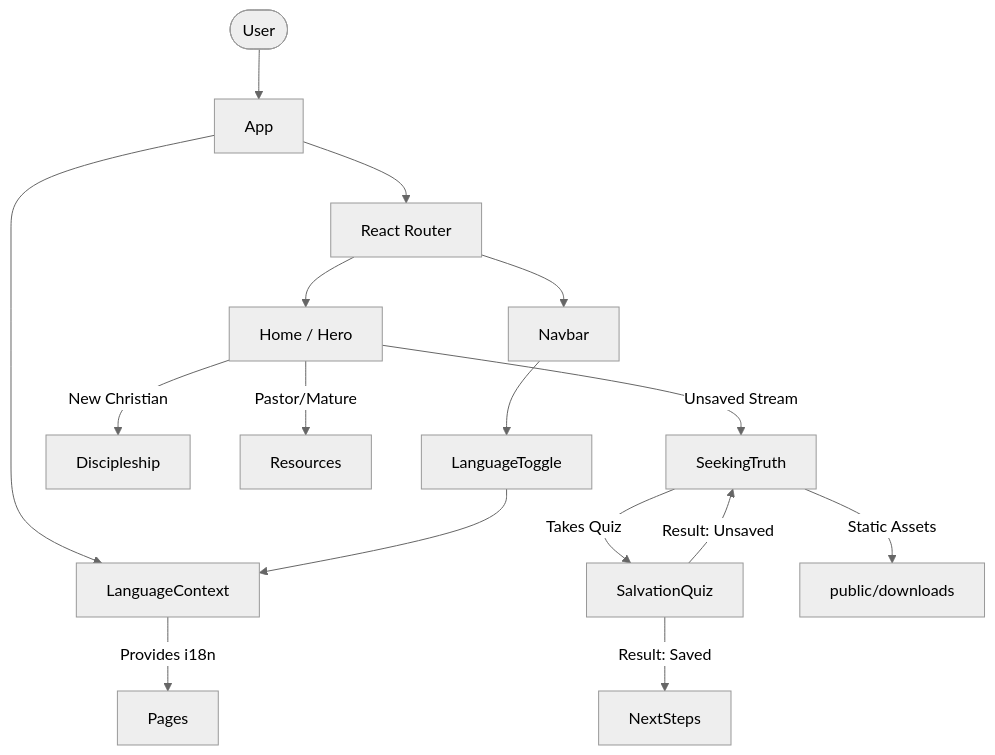
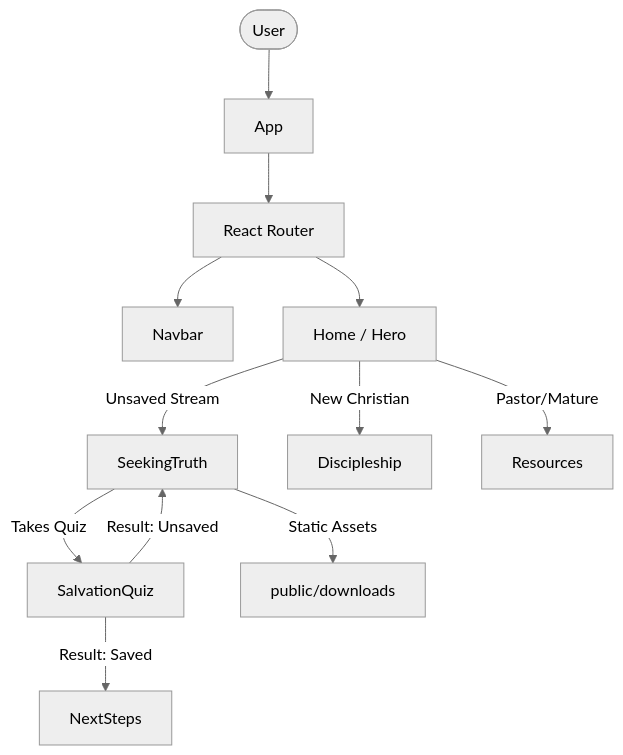
Before and after one commit to Jaswanth19-596/LetTheTruthBeKnown-Website: the diagram in docs/architecture.md, drawn with Mermaid (neutral theme). The commit also changed other lines of this file and 43 other files, not shown here.

````diff
--- a/docs/architecture.md
+++ b/docs/architecture.md
@@ -18,22 +17,17 @@
 ```mermaid
 graph TD
     User([User]) --> App
-    App --> LanguageContext
     App --> Router[React Router]
     Router --> Navbar
     Router --> Home[Home / Hero]
     
     Home -->|Unsaved Stream| SeekingTruth
     Home -->|New Christian| Discipleship
     Home -->|Pastor/Mature| Resources
     
     SeekingTruth -->|Takes Quiz| SalvationQuiz
     SeekingTruth -->|Static Assets| Public[public/downloads]
     
     SalvationQuiz -->|Result: Saved| NextSteps
     SalvationQuiz -->|Result: Unsaved| SeekingTruth
-    
-    Navbar --> LanguageToggle
-    LanguageToggle --> LanguageContext
-    LanguageContext -->|Provides i18n| Pages
 ```
````
